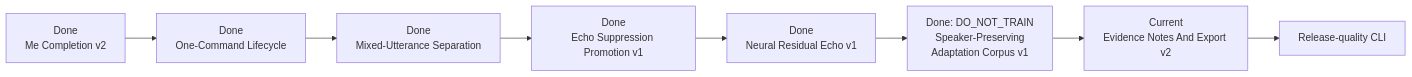
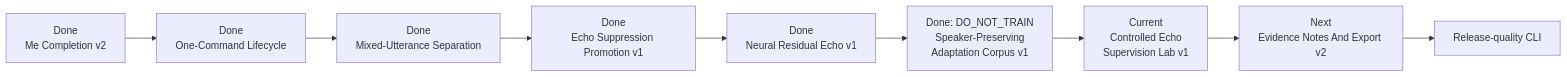
One commit to asukhodko/murmurmark changed the second of 4 diagrams in docs/roadmap/murmurmark-cli-roadmap.md. Above: the diagram before and after it, drawn with Mermaid. The commit also changed other lines of this file and 19 other files, not shown here.

Commit message:
feat: add controlled echo supervision lab

````diff
--- a/docs/roadmap/murmurmark-cli-roadmap.md
+++ b/docs/roadmap/murmurmark-cli-roadmap.md
@@ -109,13 +111,14 @@
 ```mermaid
 flowchart LR
     P["Done<br/>Me Completion v2"]
     L["Done<br/>One-Command Lifecycle"]
     A["Done<br/>Mixed-Utterance Separation"]
     B["Done<br/>Echo Suppression Promotion v1"]
     N["Done<br/>Neural Residual Echo v1"]
     S["Done: DO_NOT_TRAIN<br/>Speaker-Preserving<br/>Adaptation Corpus v1"]
-    C["Current<br/>Evidence Notes And Export v2"]
+    C["Current<br/>Controlled Echo<br/>Supervision Lab v1"]
+    H["Next<br/>Evidence Notes And Export v2"]
     D["Release-quality CLI"]
 
-    P --> L --> A --> B --> N --> S --> C --> D
+    P --> L --> A --> B --> N --> S --> C --> H --> D
 ```
````
